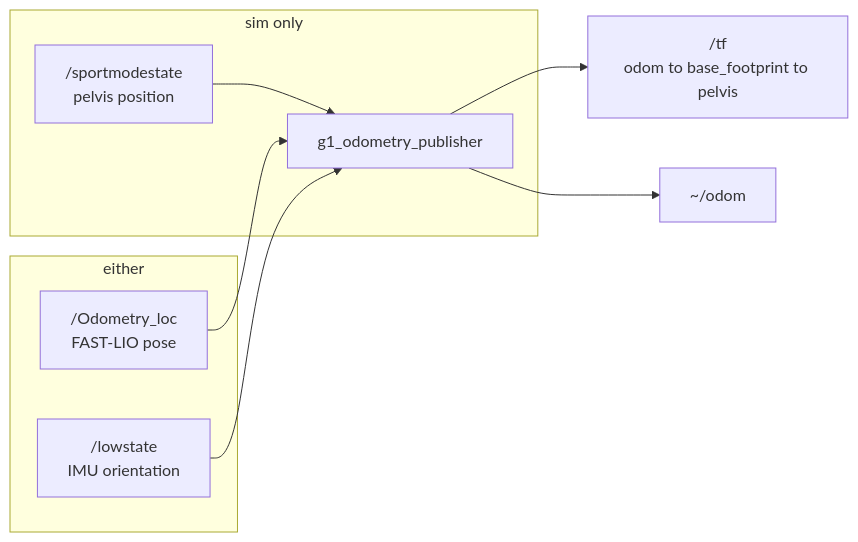
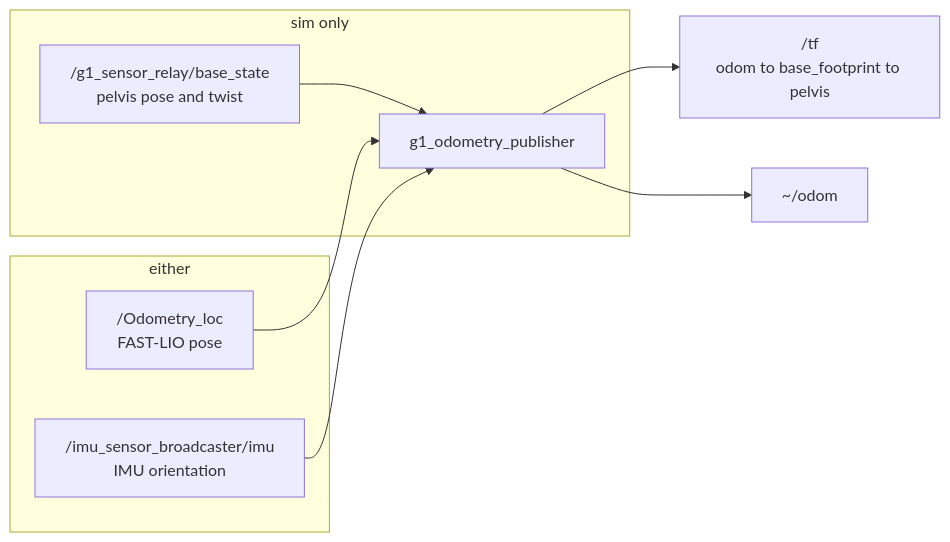
Before and after one commit to Adyansh04/grove-g1: the diagram in workspace/src/g1_state_estimation/README.md, drawn with Mermaid. The commit also changed other lines of this file and 10 other files, not shown here.

````diff
--- a/workspace/src/g1_state_estimation/README.md
+++ b/workspace/src/g1_state_estimation/README.md
@@ -8,12 +8,12 @@
 ```mermaid
 flowchart LR
     subgraph sim only
-        SM["/sportmodestate<br/>pelvis position"] --> N
+        SM["/g1_sensor_relay/base_state<br/>pelvis pose and twist"] --> N
     end
     subgraph either
         LO["/Odometry_loc<br/>FAST-LIO pose"] --> N
-        LS["/lowstate<br/>IMU orientation"] --> N
+        LS["/imu_sensor_broadcaster/imu<br/>IMU orientation"] --> N
     end
     N["g1_odometry_publisher"] --> TF["/tf<br/>odom to base_footprint to pelvis"]
     N --> OD["~/odom"]
 ```
````
